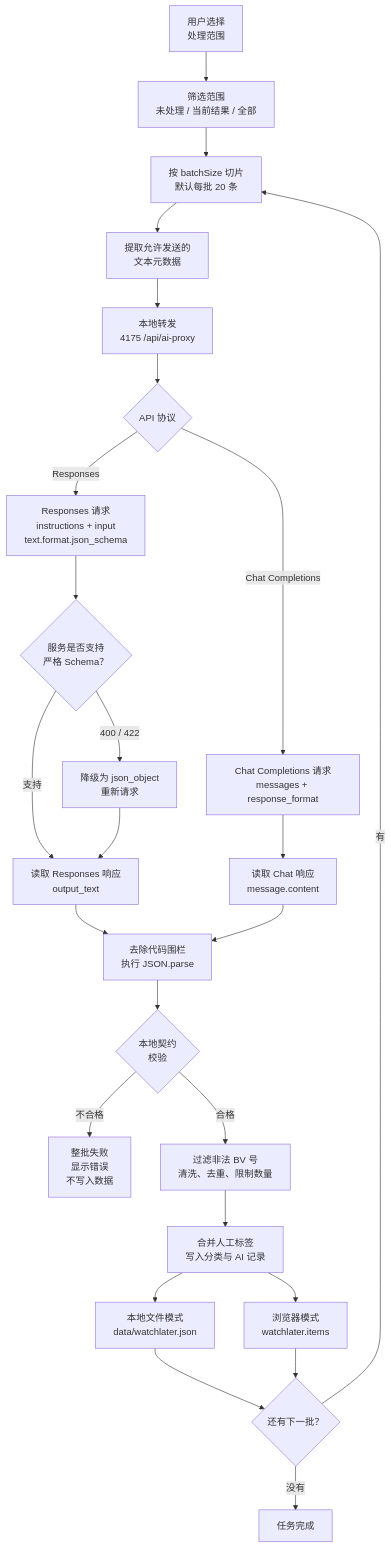
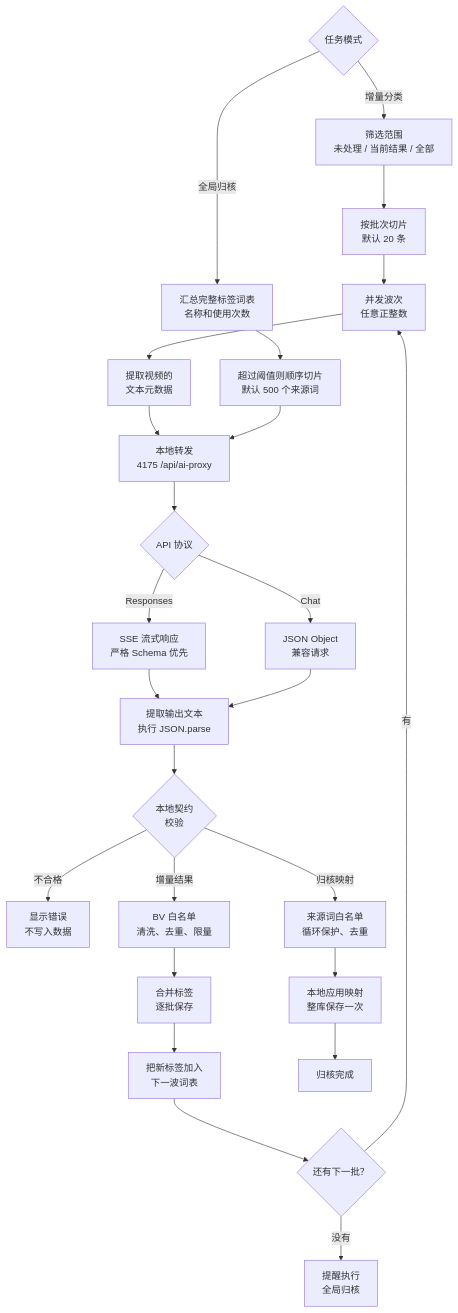
Before and after one commit to KanameMadoka520/_WatchLaterList: the second of 2 diagrams in README.md, drawn with Mermaid. The commit also changed other lines of this file and 5 other files, not shown here.

````diff
--- a/README.md
+++ b/README.md
@@ -204,27 +210,28 @@
 ```mermaid
 flowchart TD
-    A["用户选择<br/>处理范围"] --> B["筛选范围<br/>未处理 / 当前结果 / 全部"]
-    B --> C["按 batchSize 切片<br/>默认每批 20 条"]
-    C --> D["提取允许发送的<br/>文本元数据"]
-    D --> E["本地转发<br/>4175 /api/ai-proxy"]
-    E --> F{"API 协议"}
-    F -->|"Responses"| G["Responses 请求<br/>instructions + input<br/>text.format.json_schema"]
-    F -->|"Chat Completions"| H["Chat Completions 请求<br/>messages + response_format"]
-    G --> I{"服务是否支持<br/>严格 Schema？"}
-    I -->|"支持"| J["读取 Responses 响应<br/>output_text"]
-    I -->|"400 / 422"| K["降级为 json_object<br/>重新请求"]
-    K --> J
-    H --> L["读取 Chat 响应<br/>message.content"]
-    J --> M["去除代码围栏<br/>执行 JSON.parse"]
-    L --> M
-    M --> N{"本地契约<br/>校验"}
-    N -->|"不合格"| O["整批失败<br/>显示错误<br/>不写入数据"]
-    N -->|"合格"| P["过滤非法 BV 号<br/>清洗、去重、限制数量"]
-    P --> Q["合并人工标签<br/>写入分类与 AI 记录"]
-    Q --> R["本地文件模式<br/>data/watchlater.json"]
-    Q --> S["浏览器模式<br/>watchlater.items"]
-    R --> T{"还有下一批？"}
-    S --> T
-    T -->|"有"| C
-    T -->|"没有"| U["任务完成"]
+    A{"任务模式"}
+    A -->|"增量分类"| B["筛选范围<br/>未处理 / 当前结果 / 全部"]
+    A -->|"全局归核"| C["汇总完整标签词表<br/>名称和使用次数"]
+    B --> D["按批次切片<br/>默认 20 条"]
+    D --> E["并发波次<br/>任意正整数"]
+    E --> F["提取视频的<br/>文本元数据"]
+    C --> G["超过阈值则顺序切片<br/>默认 500 个来源词"]
+    F --> H["本地转发<br/>4175 /api/ai-proxy"]
+    G --> H
+    H --> I{"API 协议"}
+    I -->|"Responses"| J["SSE 流式响应<br/>严格 Schema 优先"]
+    I -->|"Chat"| K["JSON Object<br/>兼容请求"]
+    J --> L["提取输出文本<br/>执行 JSON.parse"]
+    K --> L
+    L --> M{"本地契约<br/>校验"}
+    M -->|"不合格"| N["显示错误<br/>不写入数据"]
+    M -->|"增量结果"| O["BV 白名单<br/>清洗、去重、限量"]
+    M -->|"归核映射"| P["来源词白名单<br/>循环保护、去重"]
+    O --> Q["合并标签<br/>逐批保存"]
+    P --> R["本地应用映射<br/>整库保存一次"]
+    Q --> S["把新标签加入<br/>下一波词表"]
+    S --> T{"还有下一批？"}
+    T -->|"有"| E
+    T -->|"没有"| U["提醒执行<br/>全局归核"]
+    R --> V["归核完成"]
 ```
````
